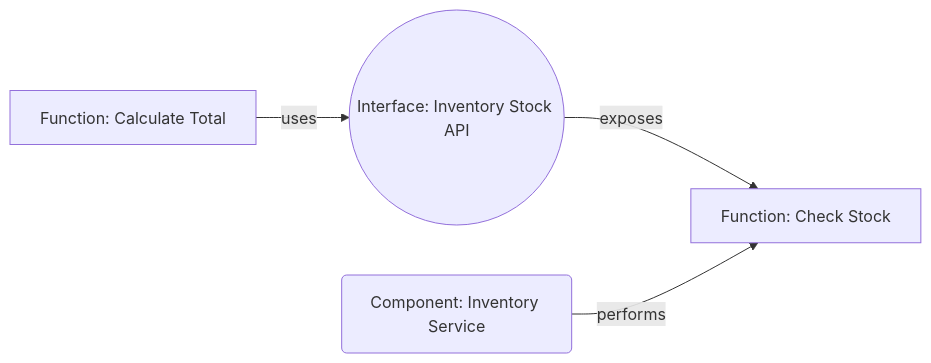
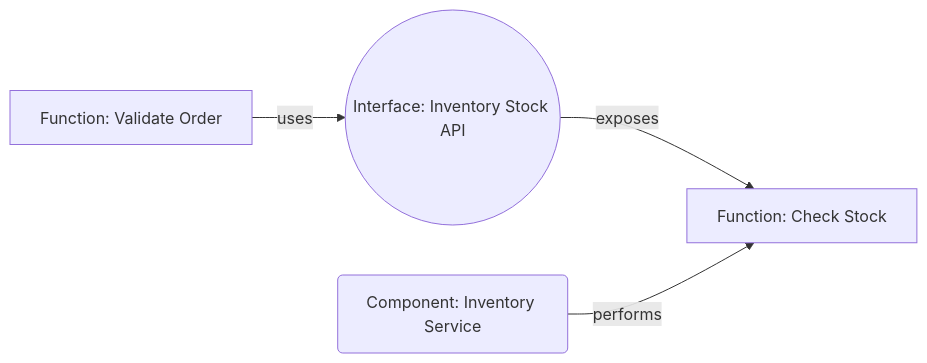
Before and after one commit to mykhailo-kulish/contour: the seventh of 7 diagrams in contour.md, drawn with Mermaid. The commit also changed other lines of this file, not shown here.

````diff
--- a/contour.md
+++ b/contour.md
@@ -710,6 +663,6 @@
 ```mermaid
 graph LR
-    CalcTotal[Function: Calculate Total] -->|uses| StockIf(("Interface: Inventory Stock API"))
+    ValidateOrder[Function: Validate Order] -->|uses| StockIf(("Interface: Inventory Stock API"))
     StockIf -->|exposes| CheckStock[Function: Check Stock]
     Inventory(Component: Inventory Service) -->|performs| CheckStock
 ```
````
